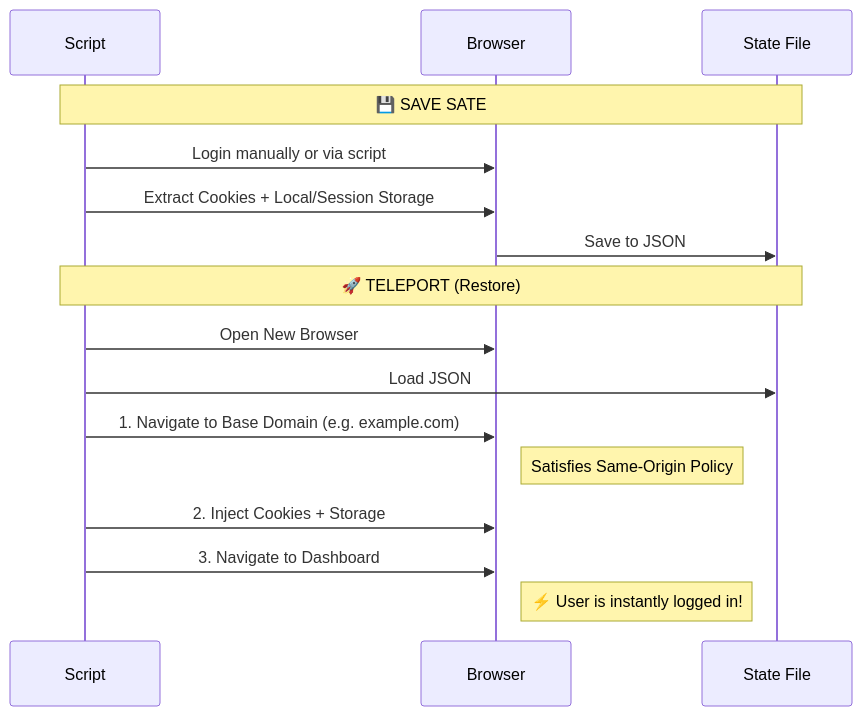
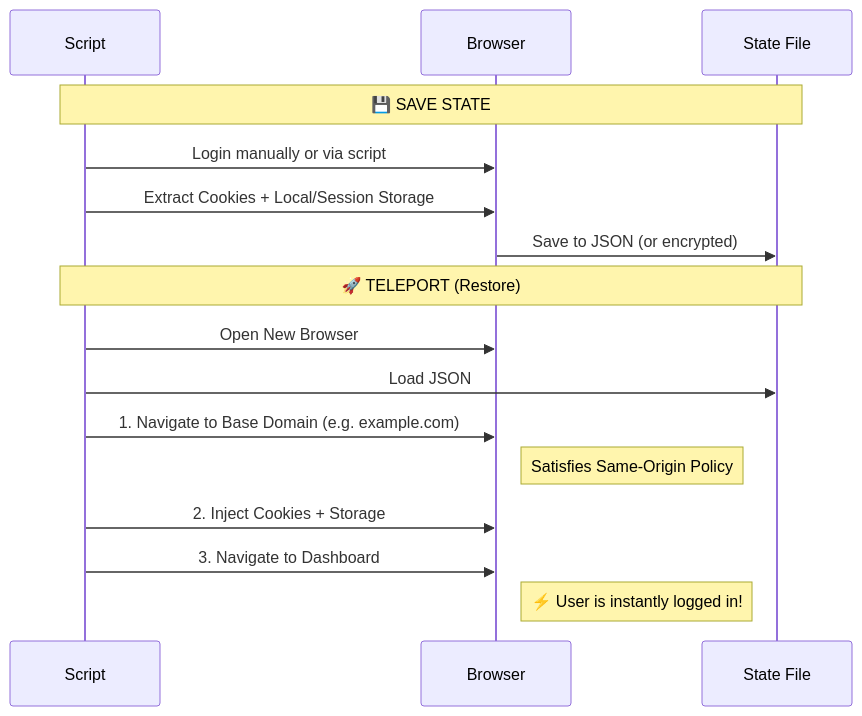
The diagram in README.md (godhiraj-code/selenium-teleport), drawn with Mermaid before and after one commit. The commit also changed other lines of this file and 21 other files, not shown here.

First line of the commit message:
feat: Add security, modular architecture, and comprehensive test suite (v2.1.0)

````diff
--- a/README.md
+++ b/README.md
@@ -19,22 +25,22 @@
 ```mermaid
 sequenceDiagram
     participant S as Script
     participant B as Browser
     participant F as State File
 
     %% Save Flow
-    Note over S,F: 💾 SAVE SATE
+    Note over S,F: 💾 SAVE STATE
     S->>B: Login manually or via script
     S->>B: Extract Cookies + Local/Session Storage
-    B->>F: Save to JSON
+    B->>F: Save to JSON (or encrypted)
 
     %% Restore Flow
     Note over S,F: 🚀 TELEPORT (Restore)
     S->>B: Open New Browser
     S->>F: Load JSON
     S->>B: 1. Navigate to Base Domain (e.g. example.com)
     Note right of B: Satisfies Same-Origin Policy
     S->>B: 2. Inject Cookies + Storage
     S->>B: 3. Navigate to Dashboard
     Note right of B: ⚡ User is instantly logged in!
 ```
````
